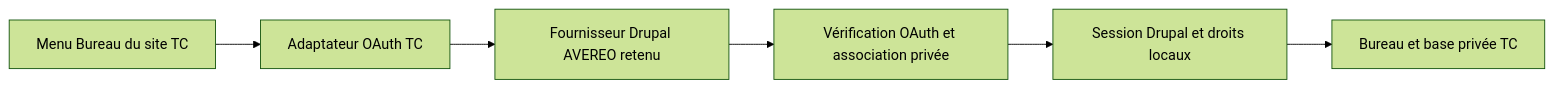
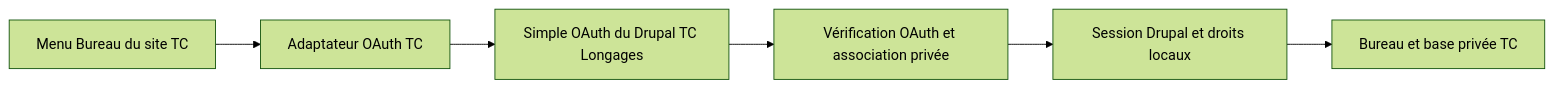
The first of 2 diagrams in architecture.md (jpdandin44/TC_Longages), drawn with Mermaid (forest theme) before and after one commit. The commit also changed other lines of this file and 37 other files, not shown here.

````diff
--- a/architecture.md
+++ b/architecture.md
@@ -28,8 +33,8 @@
 ```mermaid
 flowchart LR
   M["Menu Bureau du site TC"] --> A["Adaptateur OAuth TC"]
-  A --> I["Fournisseur Drupal AVEREO retenu"]
+  A --> I["Simple OAuth du Drupal TC Longages"]
   I --> V["Vérification OAuth et association privée"]
   V --> S["Session Drupal et droits locaux"]
   S --> B["Bureau et base privée TC"]
 ```
````
